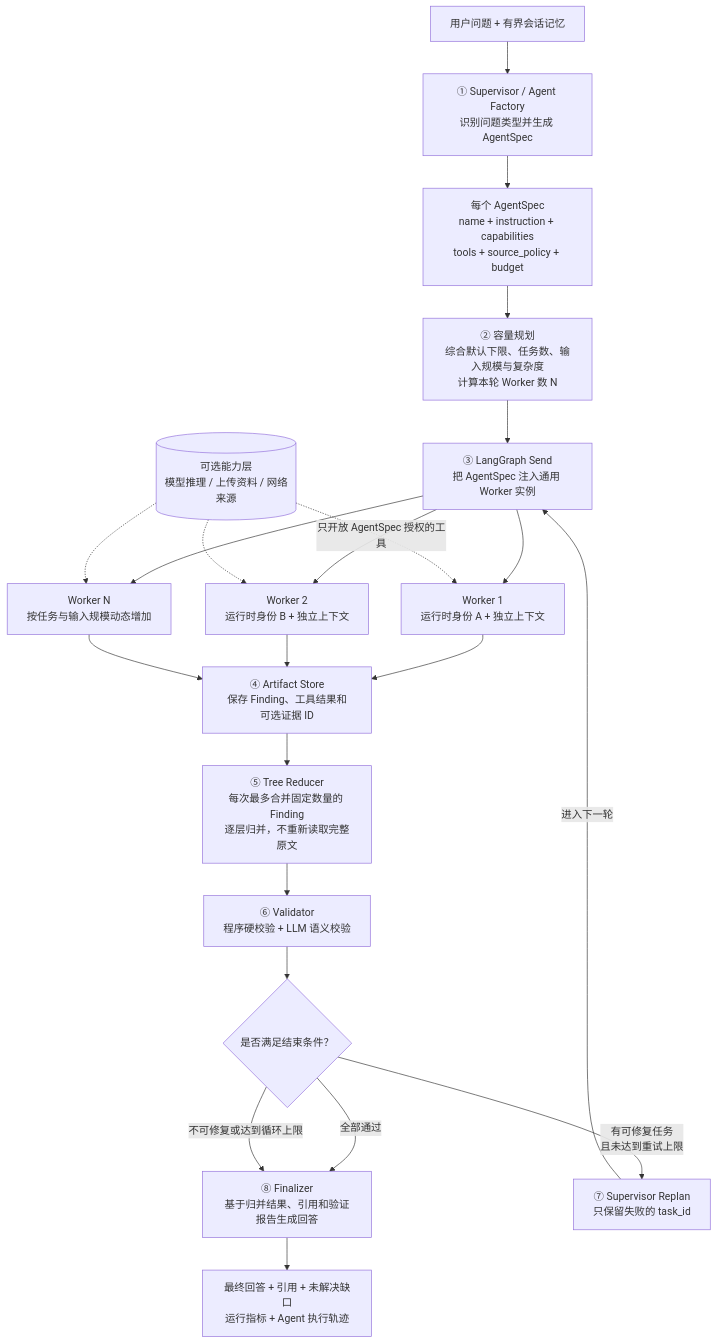
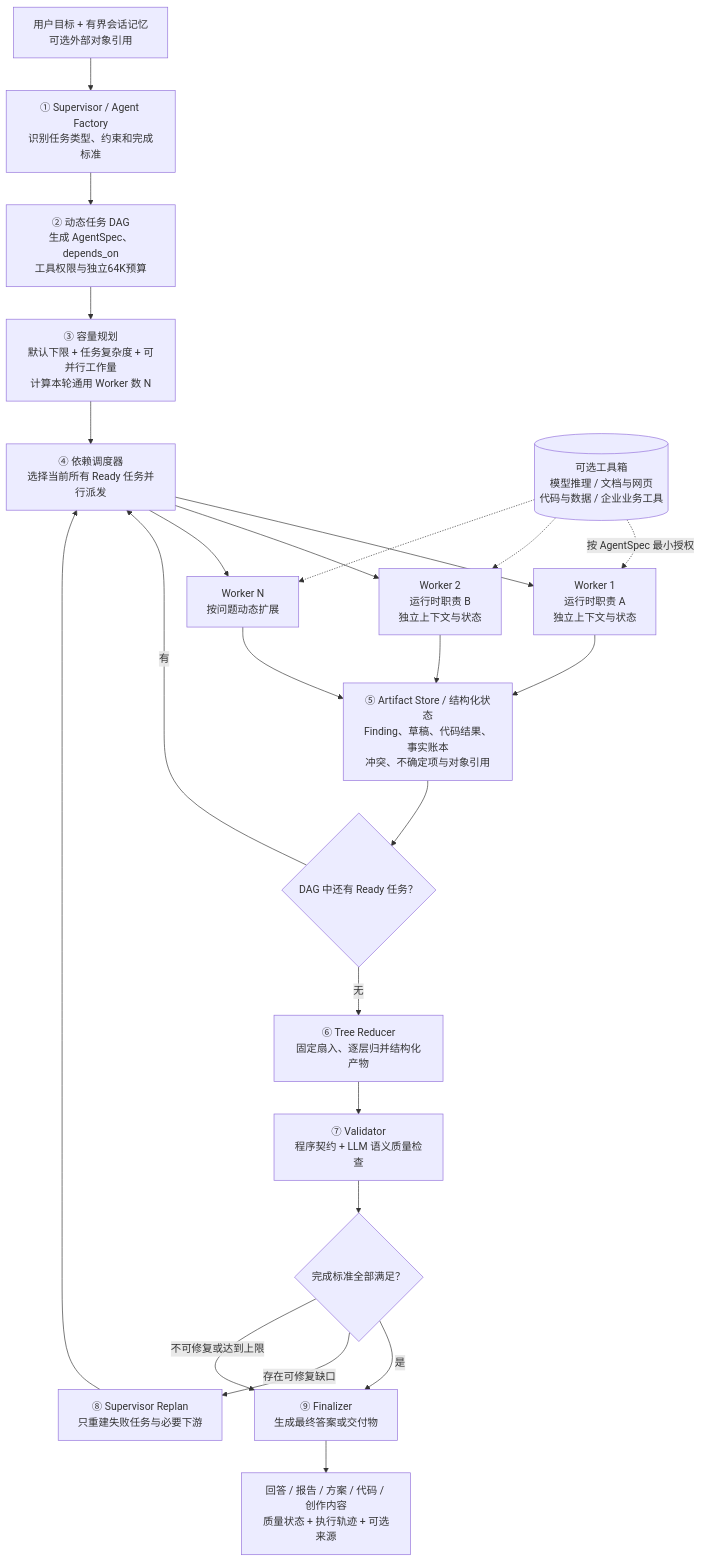
The first of 2 diagrams in README.md (chilingche1111-blip/Muti-agent), drawn with Mermaid before and after one commit. The commit also changed other lines of this file and 15 other files, not shown here.

````diff
--- a/README.md
+++ b/README.md
@@ -94,29 +113,31 @@
 ```mermaid
 flowchart TB
-    INPUT["用户问题 + 有界会话记忆"] --> S["① Supervisor / Agent Factory<br/>识别问题类型并生成 AgentSpec"]
-    S --> SPEC["每个 AgentSpec<br/>name + instruction + capabilities<br/>tools + source_policy + budget"]
-    SPEC --> P["② 容量规划<br/>综合默认下限、任务数、输入规模与复杂度<br/>计算本轮 Worker 数 N"]
-    P --> D["③ LangGraph Send<br/>把 AgentSpec 注入通用 Worker 实例"]
+    INPUT["用户目标 + 有界会话记忆<br/>可选外部对象引用"] --> S["① Supervisor / Agent Factory<br/>识别任务类型、约束和完成标准"]
+    S --> DAG["② 动态任务 DAG<br/>生成 AgentSpec、depends_on<br/>工具权限与独立64K预算"]
+    DAG --> CAP["③ 容量规划<br/>默认下限 + 任务复杂度 + 可并行工作量<br/>计算本轮通用 Worker 数 N"]
+    CAP --> READY["④ 依赖调度器<br/>选择当前所有 Ready 任务并行派发"]
 
-    D --> W1["Worker 1<br/>运行时身份 A + 独立上下文"]
-    D --> W2["Worker 2<br/>运行时身份 B + 独立上下文"]
-    D --> WN["Worker N<br/>按任务与输入规模动态增加"]
+    READY --> W1["Worker 1<br/>运行时职责 A<br/>独立上下文与状态"]
+    READY --> W2["Worker 2<br/>运行时职责 B<br/>独立上下文与状态"]
+    READY --> WN["Worker N<br/>按问题动态扩展"]
 
-    TOOLS[("可选能力层<br/>模型推理 / 上传资料 / 网络来源")] -. "只开放 AgentSpec 授权的工具" .-> W1
-    TOOLS -.-> W2
-    TOOLS -.-> WN
+    TOOLBOX[("可选工具箱<br/>模型推理 / 文档与网页<br/>代码与数据 / 企业业务工具")] -. "按 AgentSpec 最小授权" .-> W1
+    TOOLBOX -.-> W2
+    TOOLBOX -.-> WN
 
-    W1 --> A["④ Artifact Store<br/>保存 Finding、工具结果和可选证据 ID"]
-    W2 --> A
-    WN --> A
-    A --> R["⑤ Tree Reducer<br/>每次最多合并固定数量的 Finding<br/>逐层归并，不重新读取完整原文"]
-    R --> V["⑥ Validator<br/>程序硬校验 + LLM 语义校验"]
-    V --> G{"是否满足结束条件？"}
+    W1 --> STORE["⑤ Artifact Store / 结构化状态<br/>Finding、草稿、代码结果、事实账本<br/>冲突、不确定项与对象引用"]
+    W2 --> STORE
+    WN --> STORE
+    STORE --> MORE{"DAG 中还有 Ready 任务？"}
+    MORE -->|"有"| READY
+    MORE -->|"无"| R["⑥ Tree Reducer<br/>固定扇入、逐层归并结构化产物"]
+    R --> V["⑦ Validator<br/>程序契约 + LLM 语义质量检查"]
+    V --> G{"完成标准全部满足？"}
 
-    G -->|"全部通过"| F["⑧ Finalizer<br/>基于归并结果、引用和验证报告生成回答"]
-    G -->|"有可修复任务<br/>且未达到重试上限"| RP["⑦ Supervisor Replan<br/>只保留失败的 task_id"]
-    RP -->|"进入下一轮"| D
-    G -->|"不可修复或达到循环上限"| F
+    G -->|"是"| F["⑨ Finalizer<br/>生成最终答案或交付物"]
+    G -->|"存在可修复缺口"| RP["⑧ Supervisor Replan<br/>只重建失败任务与必要下游"]
+    RP --> READY
+    G -->|"不可修复或达到上限"| F
 
-    F --> OUTPUT["最终回答 + 引用 + 未解决缺口<br/>运行指标 + Agent 执行轨迹"]
+    F --> OUTPUT["回答 / 报告 / 方案 / 代码 / 创作内容<br/>质量状态 + 执行轨迹 + 可选来源"]
 ```
````
